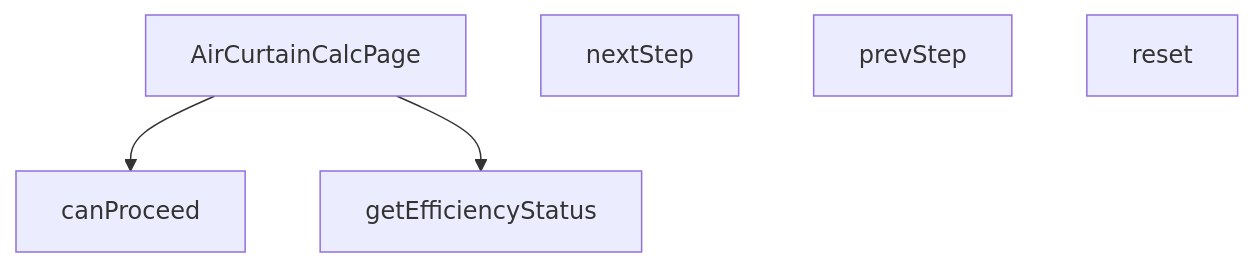
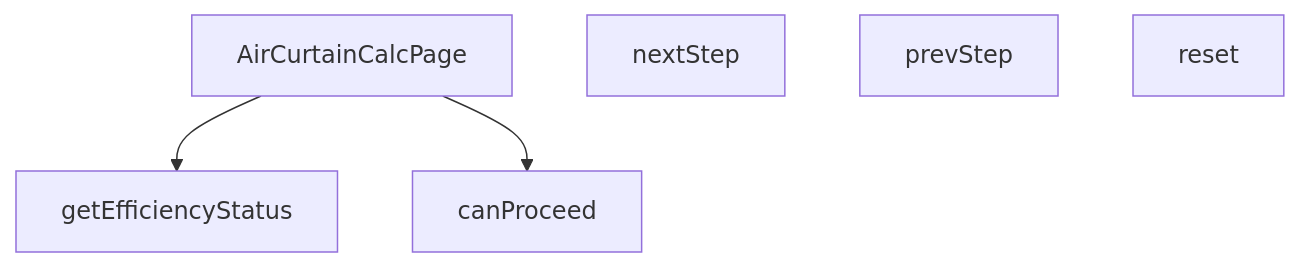
One commit to peckop/venthub-hvac-esite changed the diagram in src/views/calculators/AirCurtainCalcPage.md. Above: the diagram before and after it, drawn with Mermaid. The commit also changed other lines of this file and 723 other files, not shown here.

````diff
--- a/src/views/calculators/AirCurtainCalcPage.md
+++ b/src/views/calculators/AirCurtainCalcPage.md
@@ -165,11 +198,11 @@
 ```mermaid
 graph TD
     AirCurtainCalcPage_tsx__AirCurtainCalcPage["AirCurtainCalcPage"]
     AirCurtainCalcPage_tsx__canProceed["canProceed"]
     AirCurtainCalcPage_tsx__getEfficiencyStatus["getEfficiencyStatus"]
     AirCurtainCalcPage_tsx__nextStep["nextStep"]
     AirCurtainCalcPage_tsx__prevStep["prevStep"]
     AirCurtainCalcPage_tsx__reset["reset"]
+    AirCurtainCalcPage_tsx__AirCurtainCalcPage --> AirCurtainCalcPage_tsx__getEfficiencyStatus
     AirCurtainCalcPage_tsx__AirCurtainCalcPage --> AirCurtainCalcPage_tsx__canProceed
-    AirCurtainCalcPage_tsx__AirCurtainCalcPage --> AirCurtainCalcPage_tsx__getEfficiencyStatus
 ```
````
